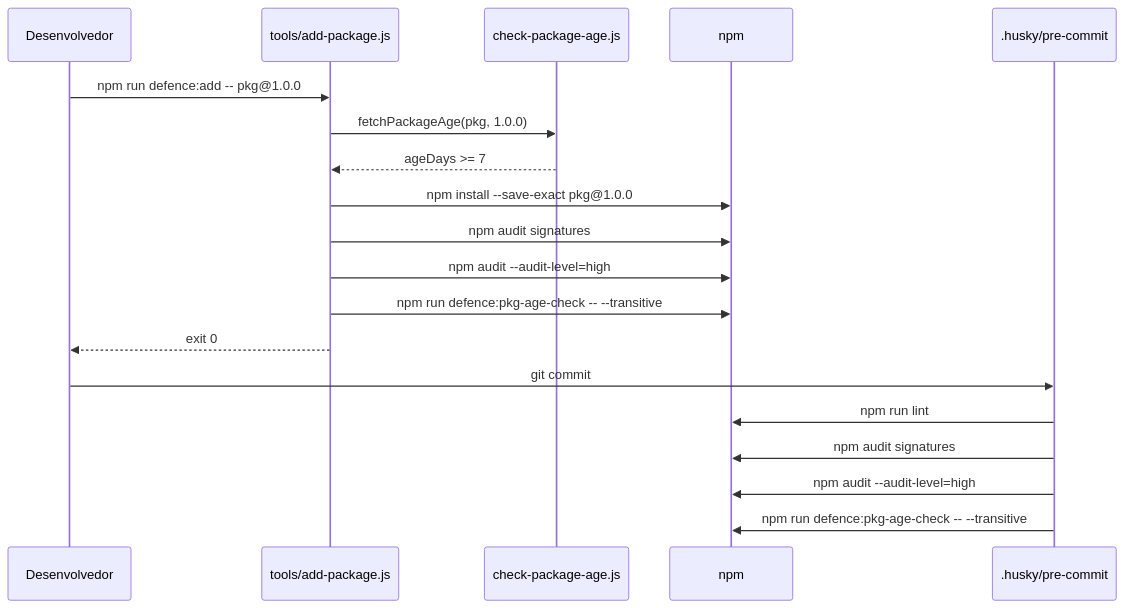
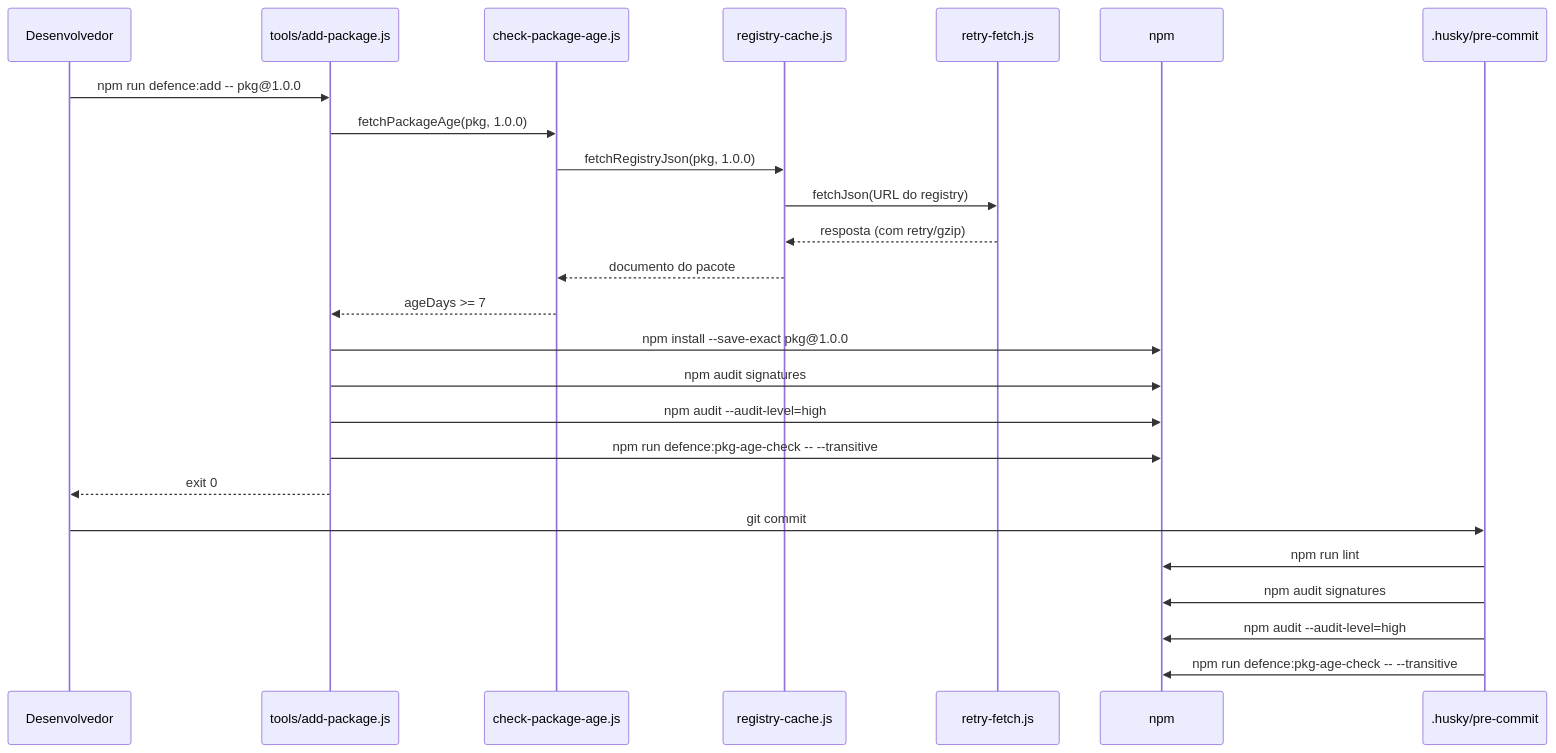
One commit to adrianoenache/learn-supply-chain-attack-defence changed the diagram in docs/pt-BR/architecture.md. Above: the diagram before and after it, drawn with Mermaid. The commit also changed other lines of this file and 18 other files, not shown here.

First line of the commit message:
refactor: replace https.get with registry cache for fetching package info

````diff
--- a/docs/pt-BR/architecture.md
+++ b/docs/pt-BR/architecture.md
@@ -42,22 +51,28 @@
 ```mermaid
 sequenceDiagram
     participant Dev as Desenvolvedor
     participant Add as tools/add-package.js
     participant Age as check-package-age.js
+    participant Cache as registry-cache.js
+    participant Fetch as retry-fetch.js
     participant npm as npm
     participant Hook as .husky/pre-commit
 
     Dev->>Add: npm run defence:add -- pkg@1.0.0
     Add->>Age: fetchPackageAge(pkg, 1.0.0)
+    Age->>Cache: fetchRegistryJson(pkg, 1.0.0)
+    Cache->>Fetch: fetchJson(URL do registry)
+    Fetch-->>Cache: resposta (com retry/gzip)
+    Cache-->>Age: documento do pacote
     Age-->>Add: ageDays >= 7
     Add->>npm: npm install --save-exact pkg@1.0.0
     Add->>npm: npm audit signatures
     Add->>npm: npm audit --audit-level=high
     Add->>npm: npm run defence:pkg-age-check -- --transitive
     Add-->>Dev: exit 0
     Dev->>Hook: git commit
     Hook->>npm: npm run lint
     Hook->>npm: npm audit signatures
     Hook->>npm: npm audit --audit-level=high
     Hook->>npm: npm run defence:pkg-age-check -- --transitive
 ```
````
